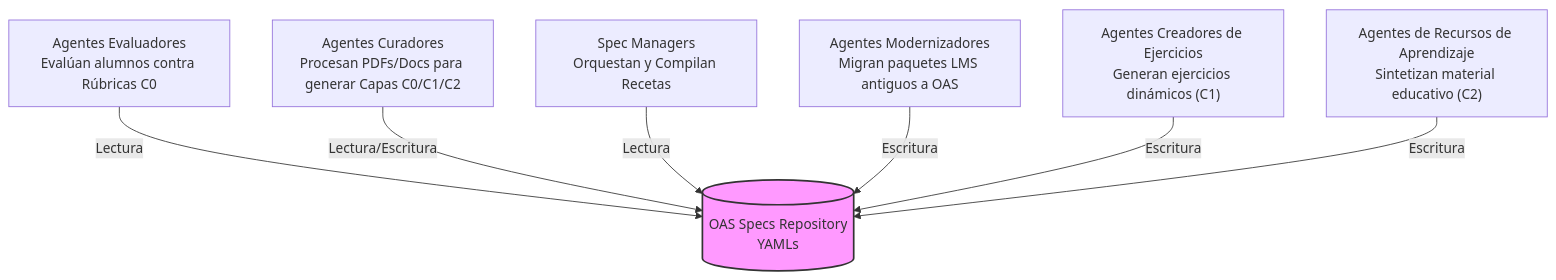
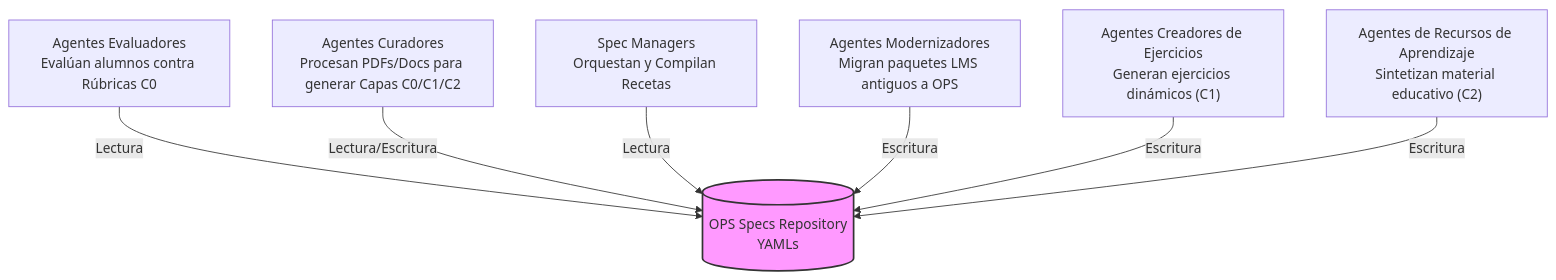
One commit to ColabEdu/ce-web changed the first of 2 diagrams in apps/colabedu-org/src/content/docs/es/oas-spec/architecture/agentes.mdx. Above: the diagram before and after it, drawn with Mermaid. The commit also changed other lines of this file and 146 other files, not shown here.

Commit message:
docs(web): add SpecVersionViewer component, pathway templates, and align documentation with OPS v0.9.5

````diff
--- a/apps/colabedu-org/src/content/docs/es/oas-spec/architecture/agentes.mdx
+++ b/apps/colabedu-org/src/content/docs/es/oas-spec/architecture/agentes.mdx
@@ -12,13 +12,13 @@
 ```mermaid
 graph TD
-    OAS[(OAS Specs Repository\nYAMLs)]
+    OPS[(OPS Specs Repository\nYAMLs)]
     
-    Evaluator[Agentes Evaluadores\nEvalúan alumnos contra Rúbricas C0] -->|Lectura| OAS
-    Curator[Agentes Curadores\nProcesan PDFs/Docs para generar Capas C0/C1/C2] -->|Lectura/Escritura| OAS
-    Manager[Spec Managers\nOrquestan y Compilan Recetas] -->|Lectura| OAS
-    Modernizer[Agentes Modernizadores\nMigran paquetes LMS antiguos a OAS] -->|Escritura| OAS
-    ExerciseGen["Agentes Creadores de Ejercicios\nGeneran ejercicios dinámicos (C1)"] -->|Escritura| OAS
-    ResourceGen["Agentes de Recursos de Aprendizaje\nSintetizan material educativo (C2)"] -->|Escritura| OAS
+    Evaluator[Agentes Evaluadores\nEvalúan alumnos contra Rúbricas C0] -->|Lectura| OPS
+    Curator[Agentes Curadores\nProcesan PDFs/Docs para generar Capas C0/C1/C2] -->|Lectura/Escritura| OPS
+    Manager[Spec Managers\nOrquestan y Compilan Recetas] -->|Lectura| OPS
+    Modernizer[Agentes Modernizadores\nMigran paquetes LMS antiguos a OPS] -->|Escritura| OPS
+    ExerciseGen["Agentes Creadores de Ejercicios\nGeneran ejercicios dinámicos (C1)"] -->|Escritura| OPS
+    ResourceGen["Agentes de Recursos de Aprendizaje\nSintetizan material educativo (C2)"] -->|Escritura| OPS
     
-    style OAS fill:#f9f,stroke:#333,stroke-width:2px
+    style OPS fill:#f9f,stroke:#333,stroke-width:2px
 ```
````
